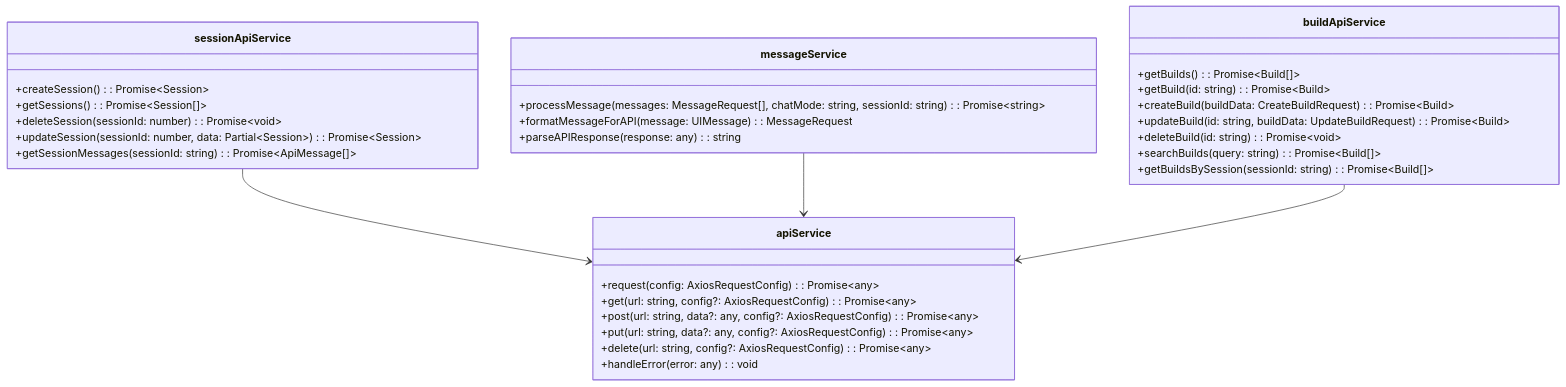
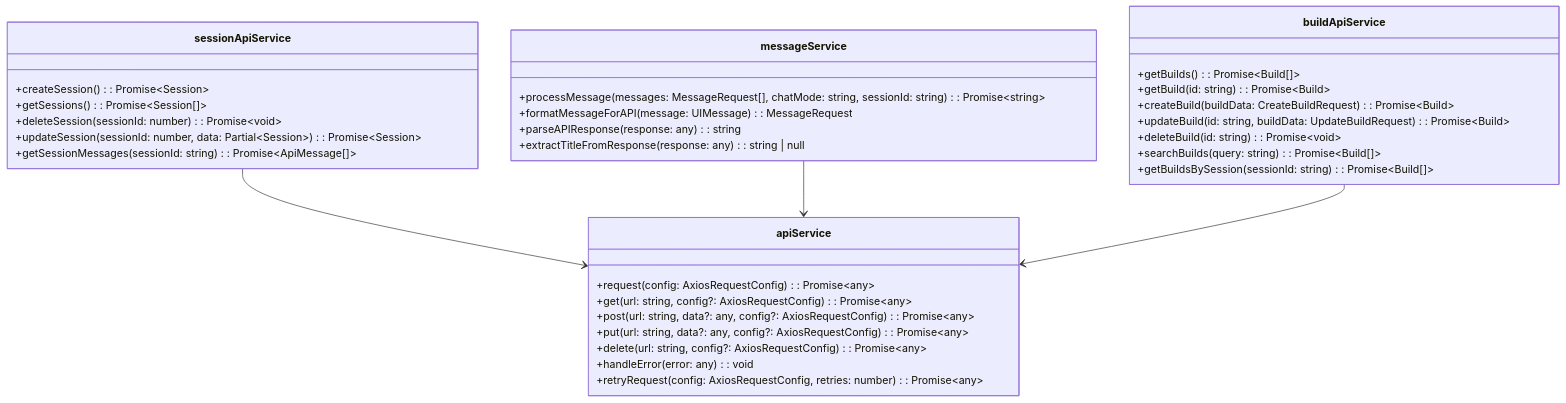
One commit to p0pular131/askspec-chat-assistant changed the eighth of 19 diagrams in docs/design-specification.md. Above: the diagram before and after it, drawn with Mermaid. The commit also changed other lines of this file and 1 other file, not shown here.

First line of the commit message:
Refactor: Adjust diagram layout for readability

````diff
--- a/docs/design-specification.md
+++ b/docs/design-specification.md
@@ -459,39 +485,43 @@
 ```mermaid
 classDiagram
+    direction TB
+    
     class sessionApiService {
         +createSession(): Promise~Session~
         +getSessions(): Promise~Session[]~
         +deleteSession(sessionId: number): Promise~void~
         +updateSession(sessionId: number, data: Partial~Session~): Promise~Session~
         +getSessionMessages(sessionId: string): Promise~ApiMessage[]~
     }
 
     class messageService {
         +processMessage(messages: MessageRequest[], chatMode: string, sessionId: string): Promise~string~
         +formatMessageForAPI(message: UIMessage): MessageRequest
         +parseAPIResponse(response: any): string
+        +extractTitleFromResponse(response: any): string | null
     }
 
     class buildApiService {
         +getBuilds(): Promise~Build[]~
         +getBuild(id: string): Promise~Build~
         +createBuild(buildData: CreateBuildRequest): Promise~Build~
         +updateBuild(id: string, buildData: UpdateBuildRequest): Promise~Build~
         +deleteBuild(id: string): Promise~void~
         +searchBuilds(query: string): Promise~Build[]~
         +getBuildsBySession(sessionId: string): Promise~Build[]~
     }
 
     class apiService {
         +request(config: AxiosRequestConfig): Promise~any~
         +get(url: string, config?: AxiosRequestConfig): Promise~any~
         +post(url: string, data?: any, config?: AxiosRequestConfig): Promise~any~
         +put(url: string, data?: any, config?: AxiosRequestConfig): Promise~any~
         +delete(url: string, config?: AxiosRequestConfig): Promise~any~
         +handleError(error: any): void
+        +retryRequest(config: AxiosRequestConfig, retries: number): Promise~any~
     }
 
     sessionApiService --> apiService
     messageService --> apiService
     buildApiService --> apiService
 ```
````
